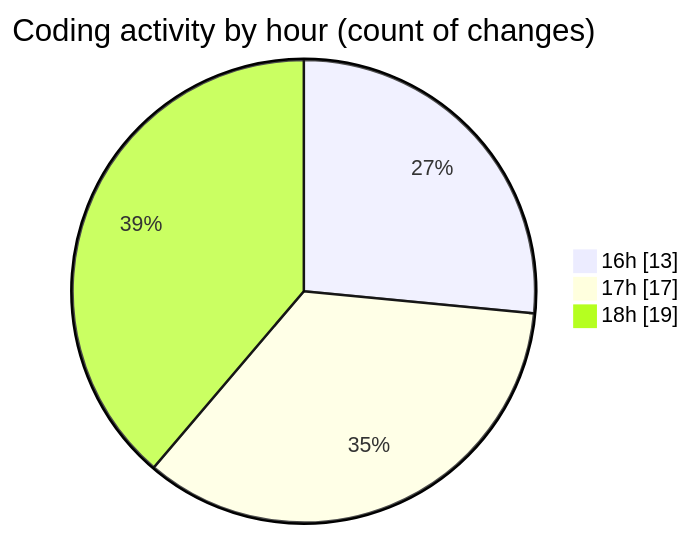
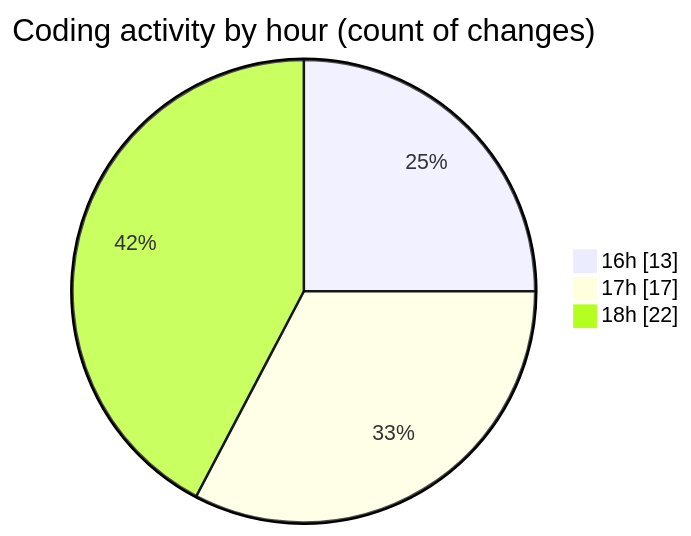
One commit to idhammustaqopulfikri/code-tracking changed the second of 2 diagrams in 2025-05-28/studio-backend/README.md. Above: the diagram before and after it, drawn with Mermaid. The commit also changed other lines of this file and 1 other file, not shown here.

````diff
--- a/2025-05-28/studio-backend/README.md
+++ b/2025-05-28/studio-backend/README.md
@@ -45,7 +45,7 @@
 ```mermaid
 pie showData
 title Coding activity by hour (count of changes)
 "16h" : 13
 "17h" : 17
-"18h" : 19
+"18h" : 22
 ```
````
